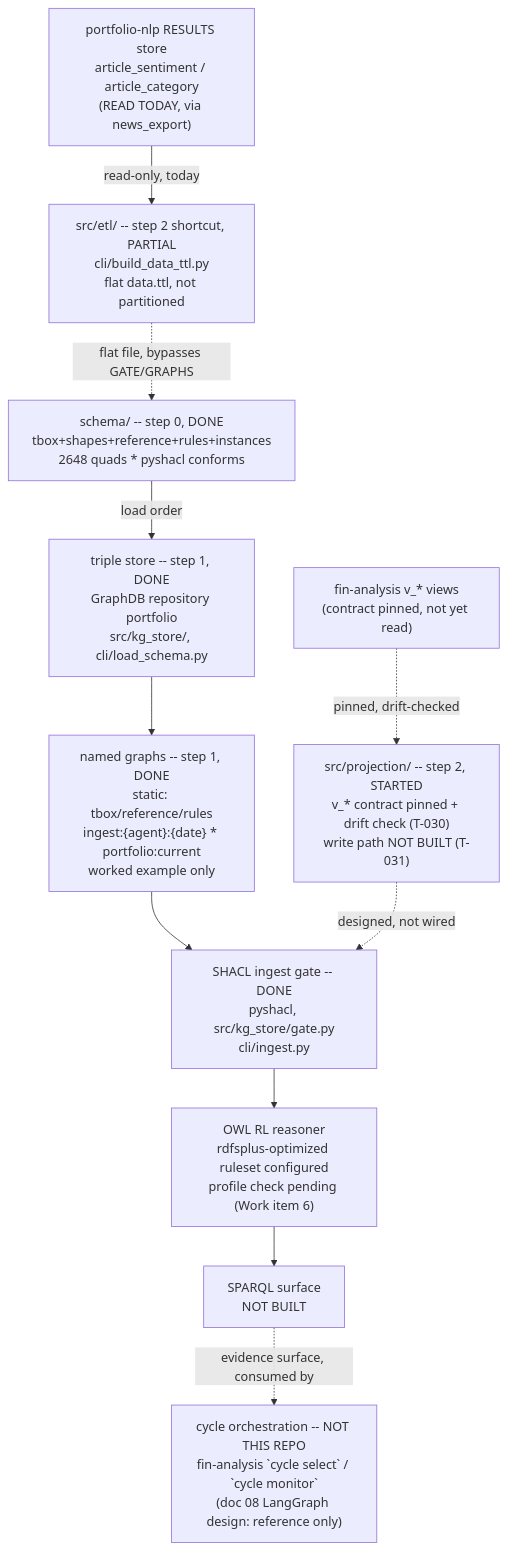
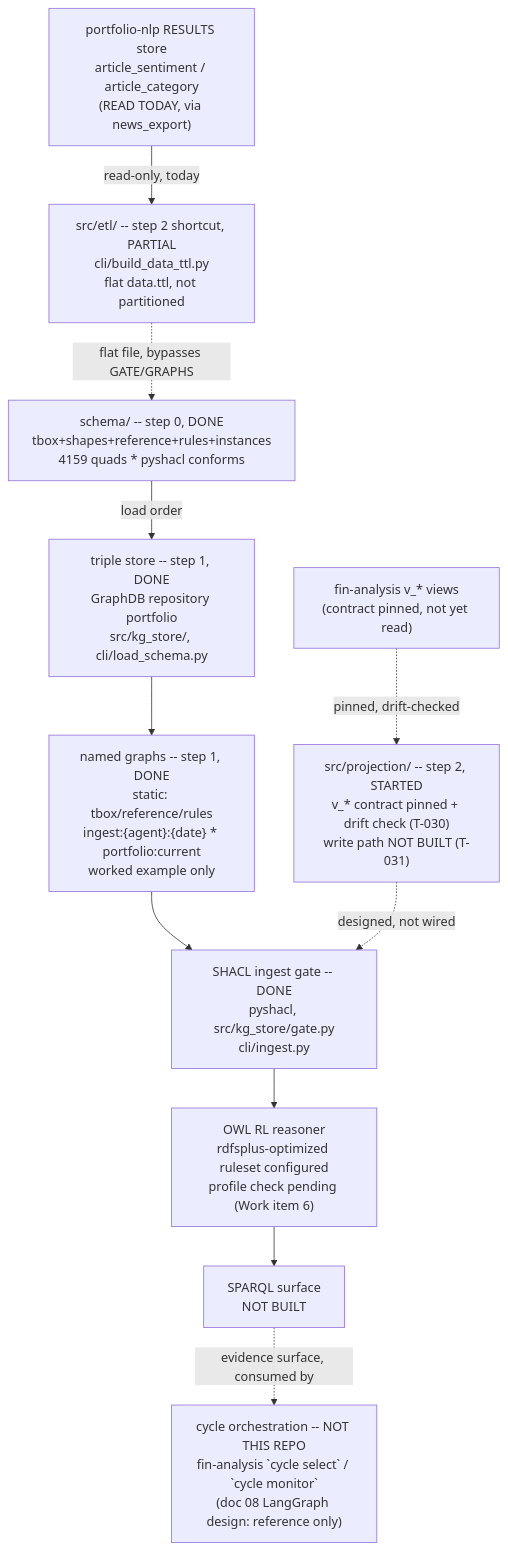
The diagram in .specify/memory/SPEC.md (gamug/portfolio-knowledge-graph), drawn with Mermaid before and after one commit. The commit also changed other lines of this file and 17 other files, not shown here.

````diff
--- a/.specify/memory/SPEC.md
+++ b/.specify/memory/SPEC.md
@@ -748,22 +781,22 @@
 ```mermaid
 flowchart TB
-    SCHEMA["schema/ -- step 0, DONE<br/>tbox+shapes+reference+rules+instances<br/>2648 quads * pyshacl conforms"]
+    SCHEMA["schema/ -- step 0, DONE<br/>tbox+shapes+reference+rules+instances<br/>4159 quads * pyshacl conforms"]
     STORE["triple store -- step 1, DONE<br/>GraphDB repository portfolio<br/>src/kg_store/, cli/load_schema.py"]
     GRAPHS["named graphs -- step 1, DONE<br/>static: tbox/reference/rules<br/>ingest:{agent}:{date} * portfolio:current<br/>worked example only"]
     GATE["SHACL ingest gate -- DONE<br/>pyshacl, src/kg_store/gate.py<br/>cli/ingest.py"]
     PROJ["src/projection/ -- step 2, STARTED<br/>v_* contract pinned + drift check (T-030)<br/>write path NOT BUILT (T-031)"]
     FIN["fin-analysis v_* views<br/>(contract pinned, not yet read)"]
     NLPRES["portfolio-nlp RESULTS store<br/>article_sentiment / article_category<br/>(READ TODAY, via news_export)"]
     ETL["src/etl/ -- step 2 shortcut, PARTIAL<br/>cli/build_data_ttl.py<br/>flat data.ttl, not partitioned"]
     REASON["OWL RL reasoner<br/>rdfsplus-optimized ruleset configured<br/>profile check pending (Work item 6)"]
     SPARQL["SPARQL surface<br/>NOT BUILT"]
     AGENTS["cycle orchestration -- NOT THIS REPO<br/>fin-analysis `cycle select` / `cycle monitor`<br/>(doc 08 LangGraph design: reference only)"]
 
     SCHEMA -->|load order| STORE --> GRAPHS --> GATE
     FIN -.->|pinned, drift-checked| PROJ
     PROJ -.->|designed, not wired| GATE
     NLPRES -->|read-only, today| ETL
     ETL -.->|flat file, bypasses GATE/GRAPHS| SCHEMA
     GATE --> REASON --> SPARQL
     SPARQL -.->|evidence surface, consumed by| AGENTS
 ```
````
